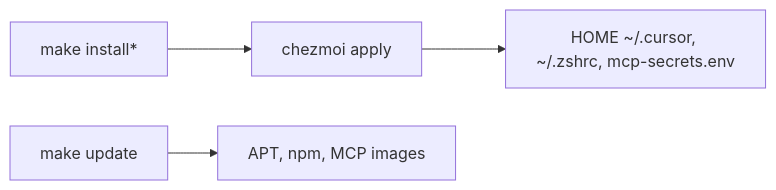
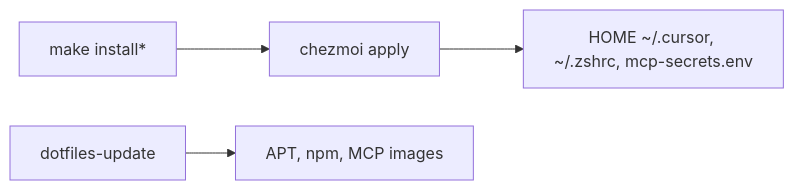
Before and after one commit to jesuserro/dotfiles: the diagram in README.md, drawn with Mermaid. The commit also changed other lines of this file and 13 other files, not shown here.

````diff
--- a/README.md
+++ b/README.md
@@ -25,6 +25,6 @@
 ```mermaid
 flowchart LR
     bootstrap["make install*"] --> chezmoi["chezmoi apply"]
     chezmoi --> home["HOME ~/.cursor, ~/.zshrc, mcp-secrets.env"]
-    update["make update"] --> tools["APT, npm, MCP images"]
+    update["dotfiles-update"] --> tools["APT, npm, MCP images"]
 ```
````
